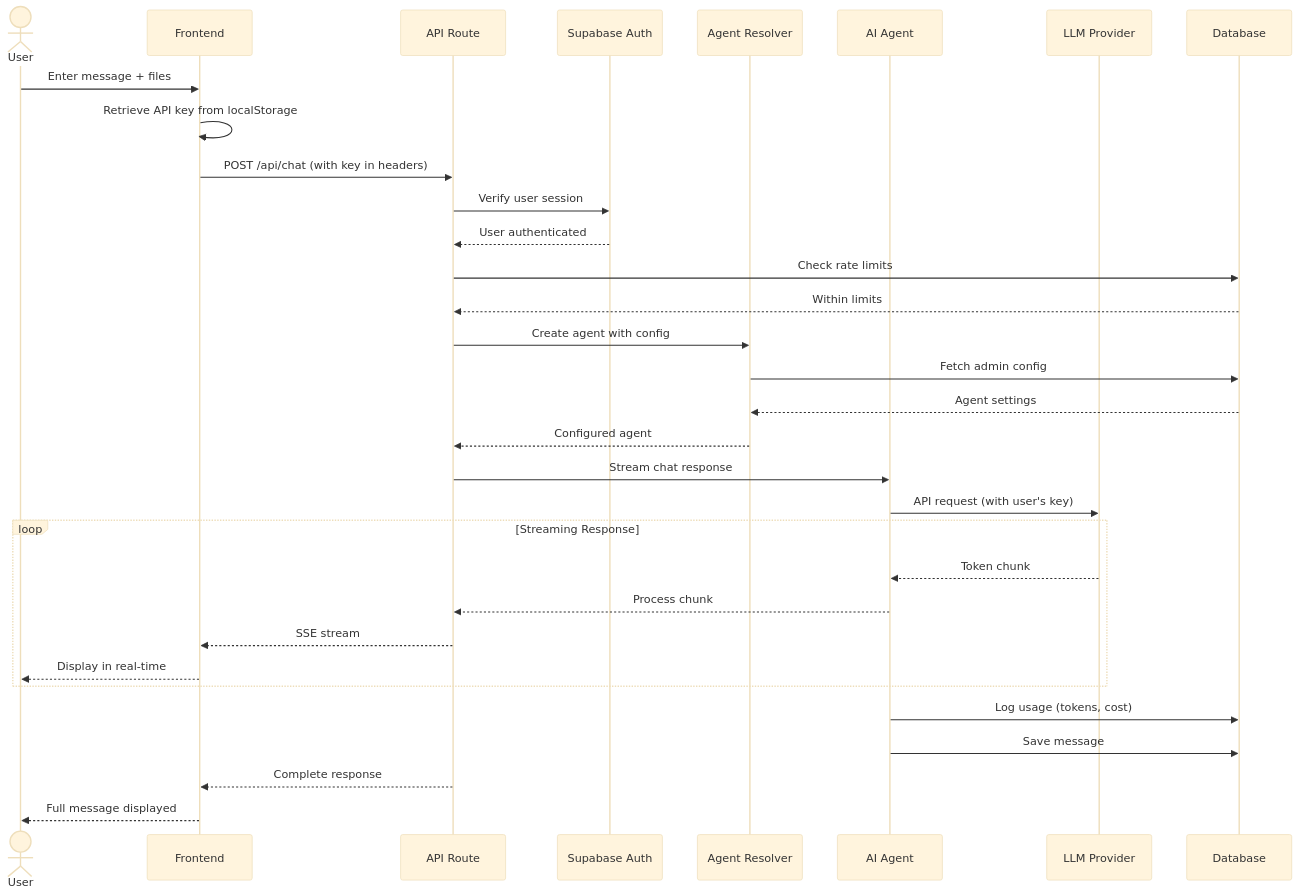
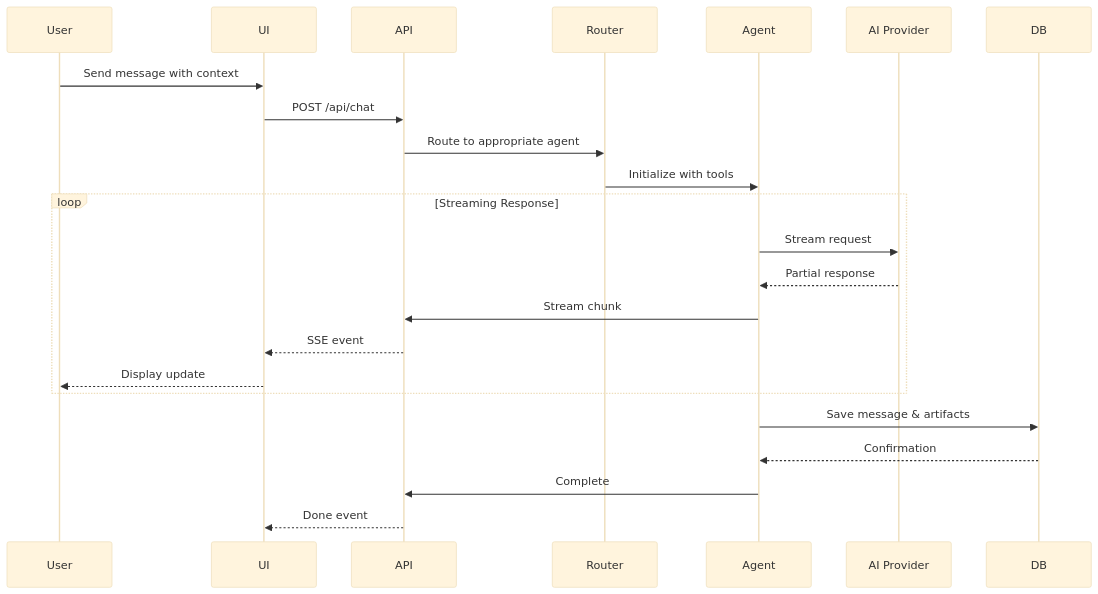
One commit to MounikaMullukuntla/chat changed the second of 3 diagrams in README.md. Above: the diagram before and after it, drawn with Mermaid (base theme). The commit also changed other lines of this file and 1 other file, not shown here.

First line of the commit message:
docs: rewrite README and create comprehensive OVERVIEW

````diff
--- a/README.md
+++ b/README.md
@@ -99,41 +100,28 @@
 ```mermaid
 sequenceDiagram
-    actor User
-    participant UI as Frontend
-    participant API as API Route
-    participant Auth as Supabase Auth
-    participant Resolver as Agent Resolver
-    participant Agent as AI Agent
-    participant LLM as LLM Provider
-    participant DB as Database
+    participant User
+    participant UI
+    participant API
+    participant Router
+    participant Agent
+    participant AI Provider
+    participant DB
 
-    User->>UI: Enter message + files
-    UI->>UI: Retrieve API key from localStorage
-    UI->>API: POST /api/chat (with key in headers)
-    API->>Auth: Verify user session
-    Auth-->>API: User authenticated
-
-    API->>DB: Check rate limits
-    DB-->>API: Within limits
-
-    API->>Resolver: Create agent with config
-    Resolver->>DB: Fetch admin config
-    DB-->>Resolver: Agent settings
-    Resolver-->>API: Configured agent
-
-    API->>Agent: Stream chat response
-    Agent->>LLM: API request (with user's key)
+    User->>UI: Send message with context
+    UI->>API: POST /api/chat
+    API->>Router: Route to appropriate agent
+    Router->>Agent: Initialize with tools
 
     loop Streaming Response
-        LLM-->>Agent: Token chunk
-        Agent-->>API: Process chunk
-        API-->>UI: SSE stream
-        UI-->>User: Display in real-time
+        Agent->>AI Provider: Stream request
+        AI Provider-->>Agent: Partial response
+        Agent->>API: Stream chunk
+        API-->>UI: SSE event
+        UI-->>User: Display update
     end
 
-    Agent->>DB: Log usage (tokens, cost)
-    Agent->>DB: Save message
-
-    API-->>UI: Complete response
-    UI-->>User: Full message displayed
+    Agent->>DB: Save message & artifacts
+    DB-->>Agent: Confirmation
+    Agent->>API: Complete
+    API-->>UI: Done event
 ```
````
